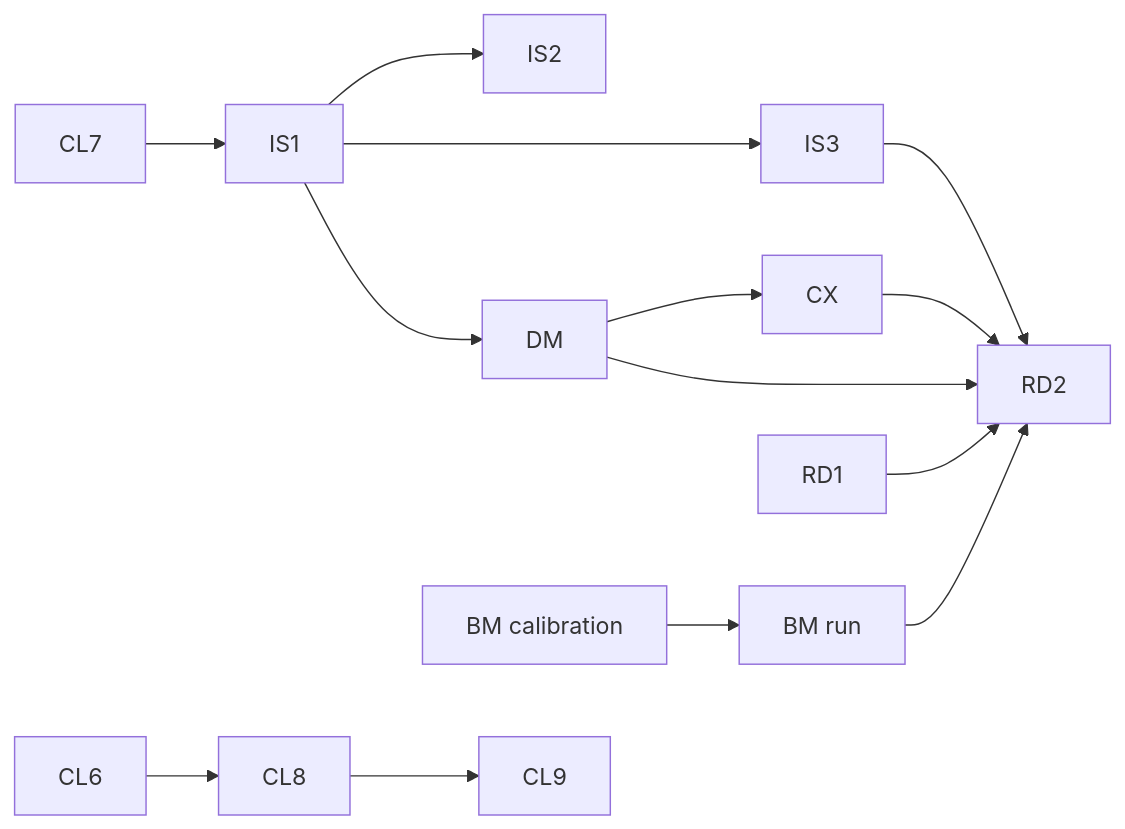
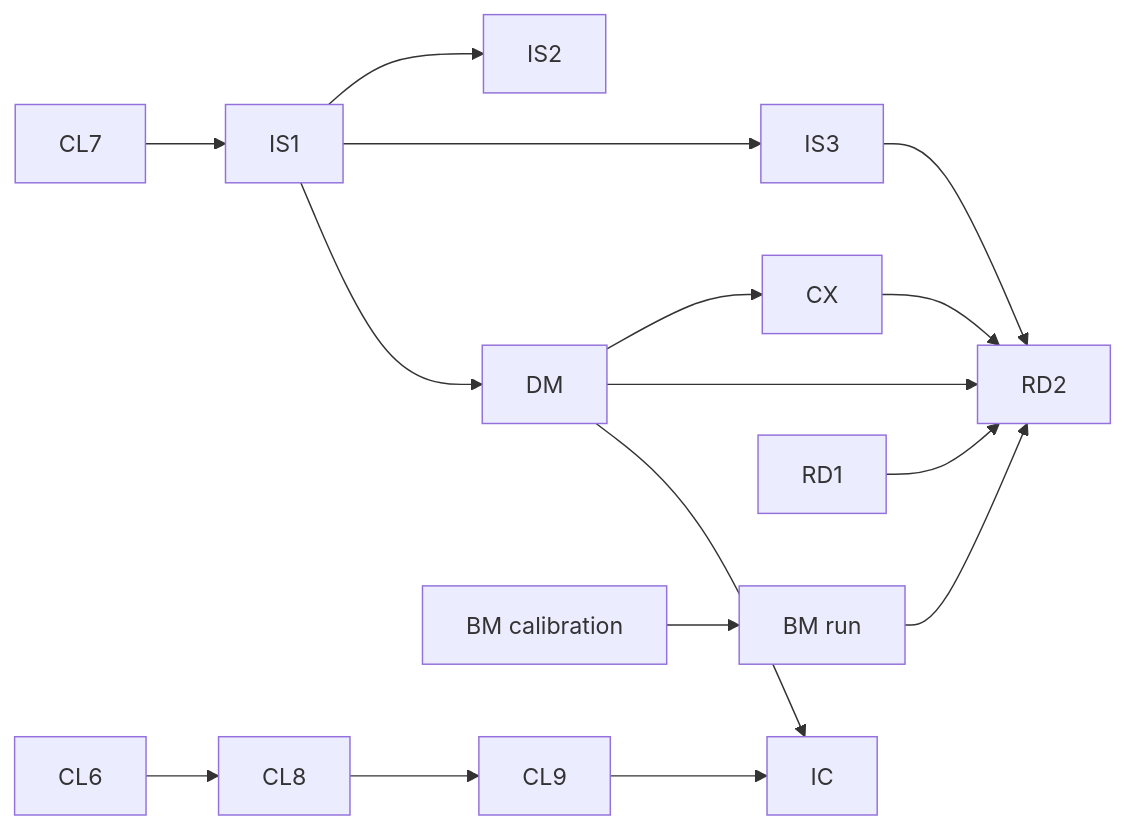
The diagram in docs/plans/2026-10-28-wave-10-umbrella.md (stayfixed/stayfixed), drawn with Mermaid before and after one commit. The commit also changed other lines of this file, not shown here.

````diff
--- a/docs/plans/2026-10-28-wave-10-umbrella.md
+++ b/docs/plans/2026-10-28-wave-10-umbrella.md
@@ -152,16 +152,18 @@
 ```mermaid
 graph LR
   CL7 --> IS1
   IS1 --> IS2
   IS1 --> IS3
   IS1 --> DM
   CL6 --> CL8
   CL8 --> CL9
   DM --> CX
   BMcal[BM calibration] --> BMrun[BM run]
   DM --> RD2
   CX --> RD2
   BMrun --> RD2
   IS3 --> RD2
   RD1 --> RD2
+  CL9 --> IC
+  DM --> IC
 ```
````
